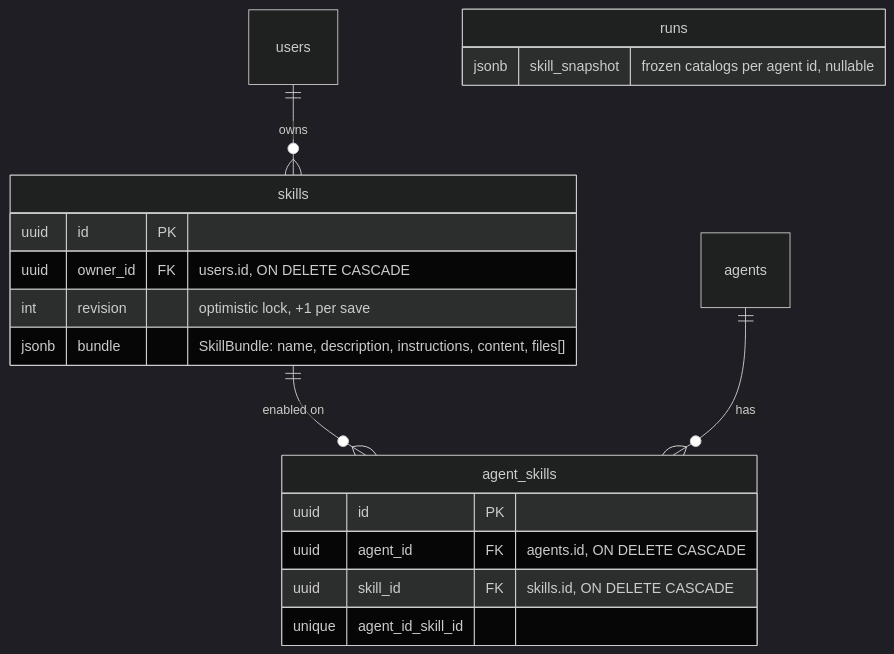
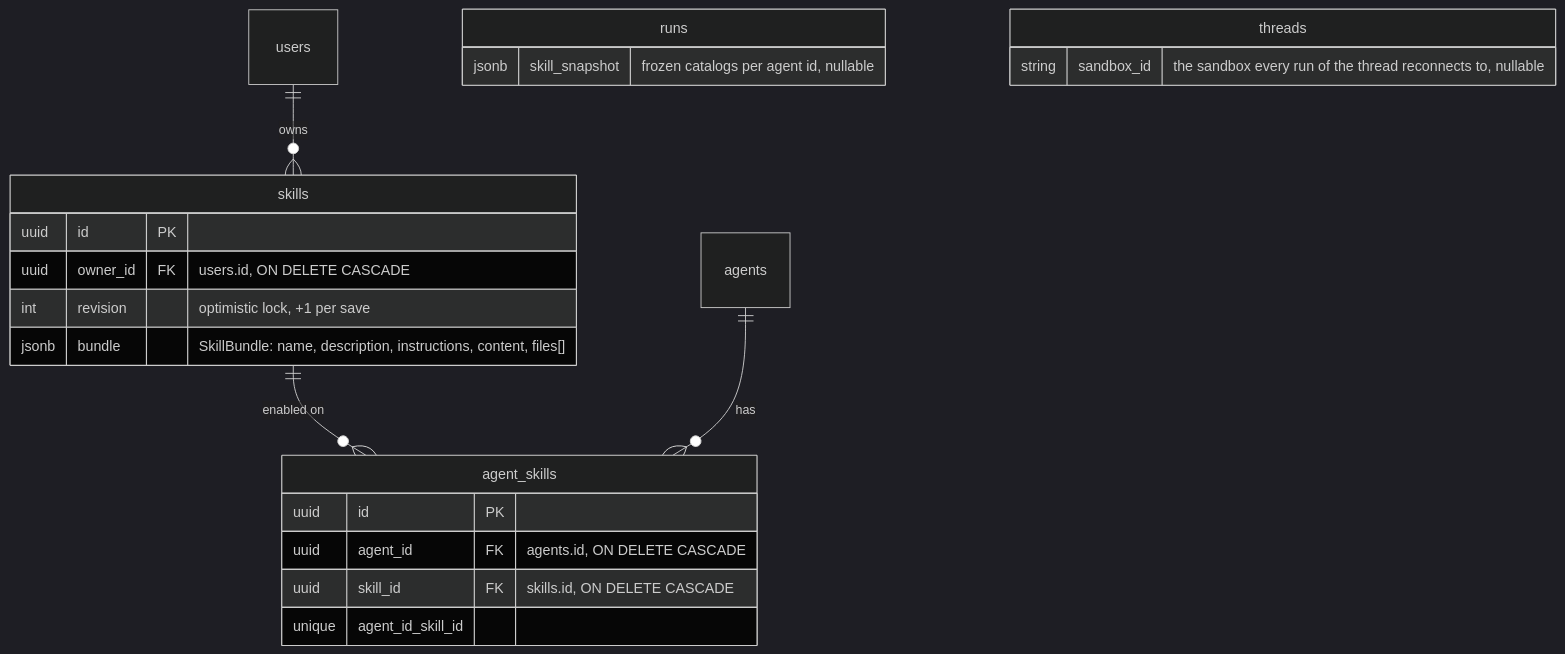
Before and after one commit to keurcien/auxilia: the diagram in docs/skills-blueprint.md, drawn with Mermaid (dark theme). The commit also changed other lines of this file, not shown here.

````diff
--- a/docs/skills-blueprint.md
+++ b/docs/skills-blueprint.md
@@ -38,21 +39,24 @@
 ```mermaid
 erDiagram
     users ||--o{ skills : owns
     skills ||--o{ agent_skills : "enabled on"
     agents ||--o{ agent_skills : has
     runs {
         jsonb skill_snapshot "frozen catalogs per agent id, nullable"
+    }
+    threads {
+        string sandbox_id "the sandbox every run of the thread reconnects to, nullable"
     }
     skills {
         uuid id PK
         uuid owner_id FK "users.id, ON DELETE CASCADE"
         int revision "optimistic lock, +1 per save"
         jsonb bundle "SkillBundle: name, description, instructions, content, files[]"
     }
     agent_skills {
         uuid id PK
         uuid agent_id FK "agents.id, ON DELETE CASCADE"
         uuid skill_id FK "skills.id, ON DELETE CASCADE"
         unique agent_id_skill_id
     }
 ```
````
